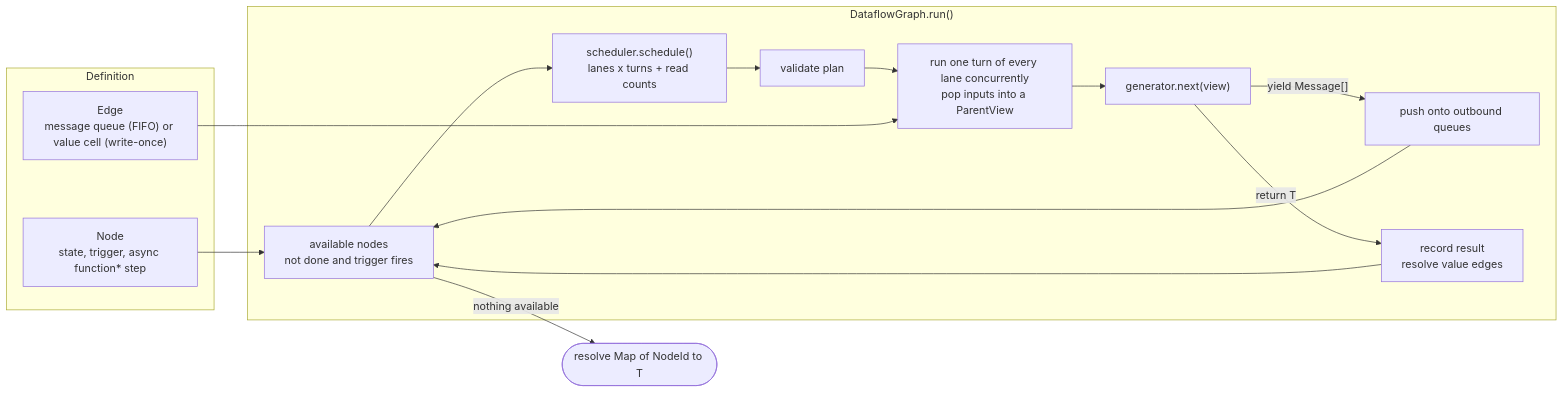
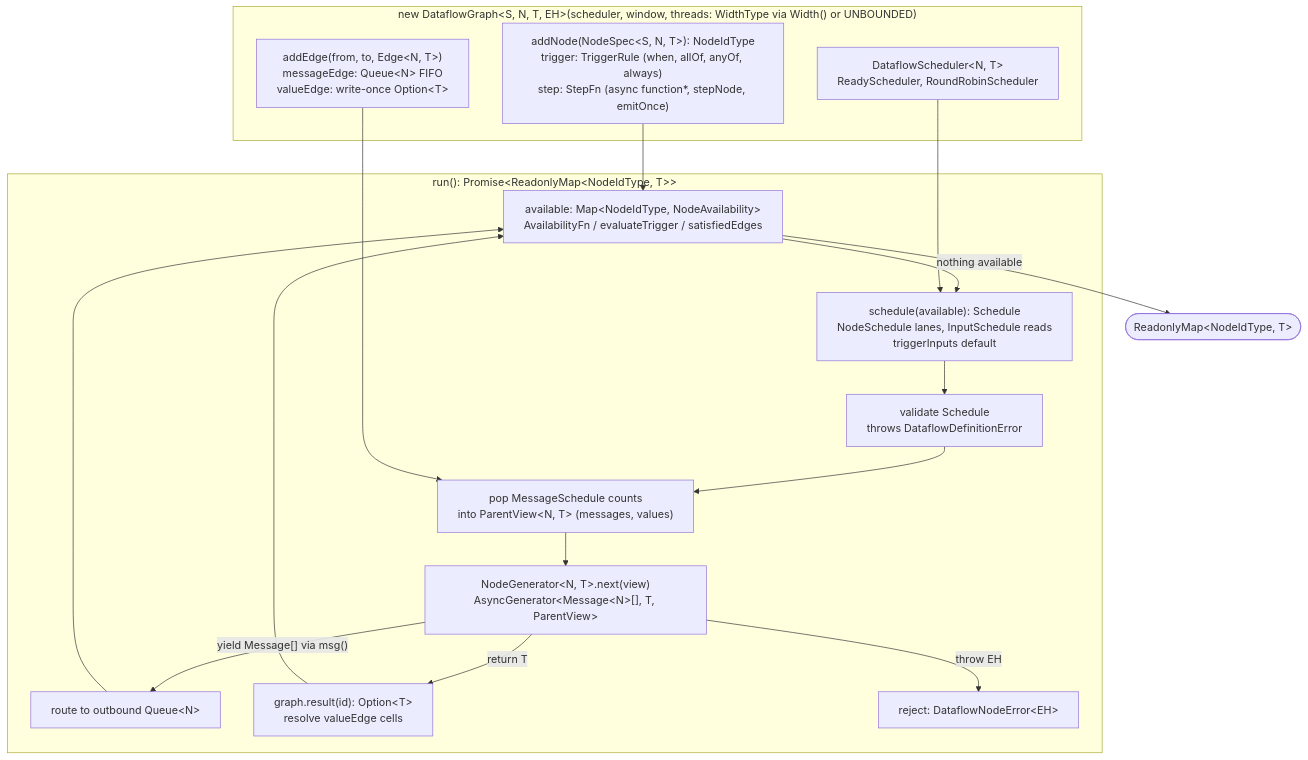
The diagram in README.md (microsoft/junco), drawn with Mermaid before and after one commit.

Commit message:
Name public interfaces in README architecture diagram

````diff
--- a/README.md
+++ b/README.md
@@ -9,20 +9,24 @@
 ```mermaid
-flowchart LR
-  subgraph Definition
-    N["Node<br/>state, trigger, async function* step"]
-    E["Edge<br/>message queue (FIFO) or value cell (write-once)"]
+%%{init: {"flowchart": {"wrappingWidth": 360}}}%%
+flowchart TB
+  subgraph Definition["new DataflowGraph#lt;S, N, T, EH#gt;(scheduler, window, threads: WidthType via Width() or UNBOUNDED)"]
+    N["addNode(NodeSpec#lt;S, N, T#gt;): NodeIdType<br/>trigger: TriggerRule (when, allOf, anyOf, always)<br/>step: StepFn (async function*, stepNode, emitOnce)"]
+    E["addEdge(from, to, Edge#lt;N, T#gt;)<br/>messageEdge: Queue#lt;N#gt; FIFO<br/>valueEdge: write-once Option#lt;T#gt;"]
+    S["DataflowScheduler#lt;N, T#gt;<br/>ReadyScheduler, RoundRobinScheduler"]
   end
-  subgraph "DataflowGraph.run()"
-    A["available nodes<br/>not done and trigger fires"] --> P["scheduler.schedule()<br/>lanes x turns + read counts"]
-    P --> K["validate plan"]
-    K --> X["run one turn of every lane concurrently<br/>pop inputs into a ParentView"]
-    X --> G["generator.next(view)"]
-    G -- "yield Message[]" --> Q["push onto outbound queues"]
-    G -- "return T" --> R["record result<br/>resolve value edges"]
+  subgraph Run["run(): Promise#lt;ReadonlyMap#lt;NodeIdType, T#gt;#gt;"]
+    A["available: Map#lt;NodeIdType, NodeAvailability#gt;<br/>AvailabilityFn / evaluateTrigger / satisfiedEdges"] --> P["schedule(available): Schedule<br/>NodeSchedule lanes, InputSchedule reads<br/>triggerInputs default"]
+    P --> K["validate Schedule<br/>throws DataflowDefinitionError"]
+    K --> X["pop MessageSchedule counts<br/>into ParentView#lt;N, T#gt; (messages, values)"]
+    X --> G["NodeGenerator#lt;N, T#gt;.next(view)<br/>AsyncGenerator#lt;Message#lt;N#gt;[], T, ParentView#gt;"]
+    G -- "yield Message[] via msg()" --> Q["route to outbound Queue#lt;N#gt;"]
+    G -- "return T" --> R["graph.result(id): Option#lt;T#gt;<br/>resolve valueEdge cells"]
+    G -- "throw EH" --> F["reject: DataflowNodeError#lt;EH#gt;"]
     Q --> A
     R --> A
   end
   N --> A
   E --> X
-  A -- "nothing available" --> Z(["resolve Map of NodeId to T"])
+  S --> P
+  A -- "nothing available" --> Z(["ReadonlyMap#lt;NodeIdType, T#gt;"])
 ```
````
